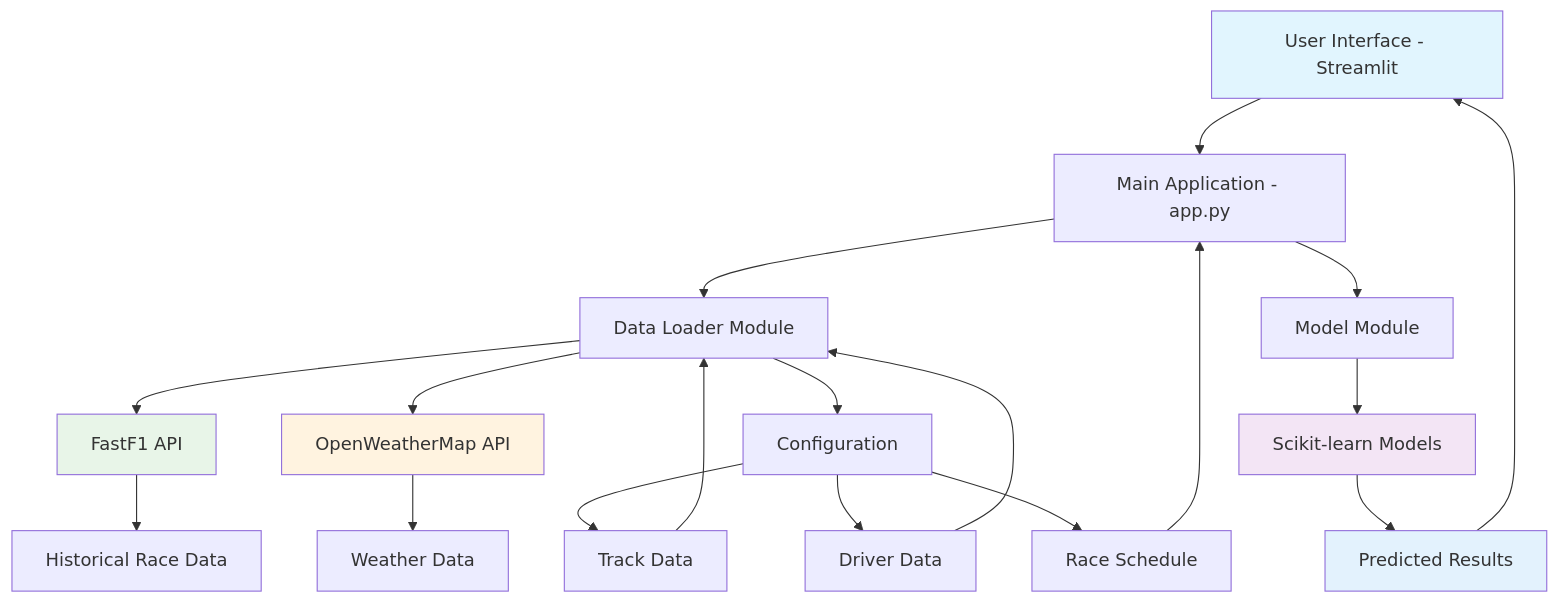
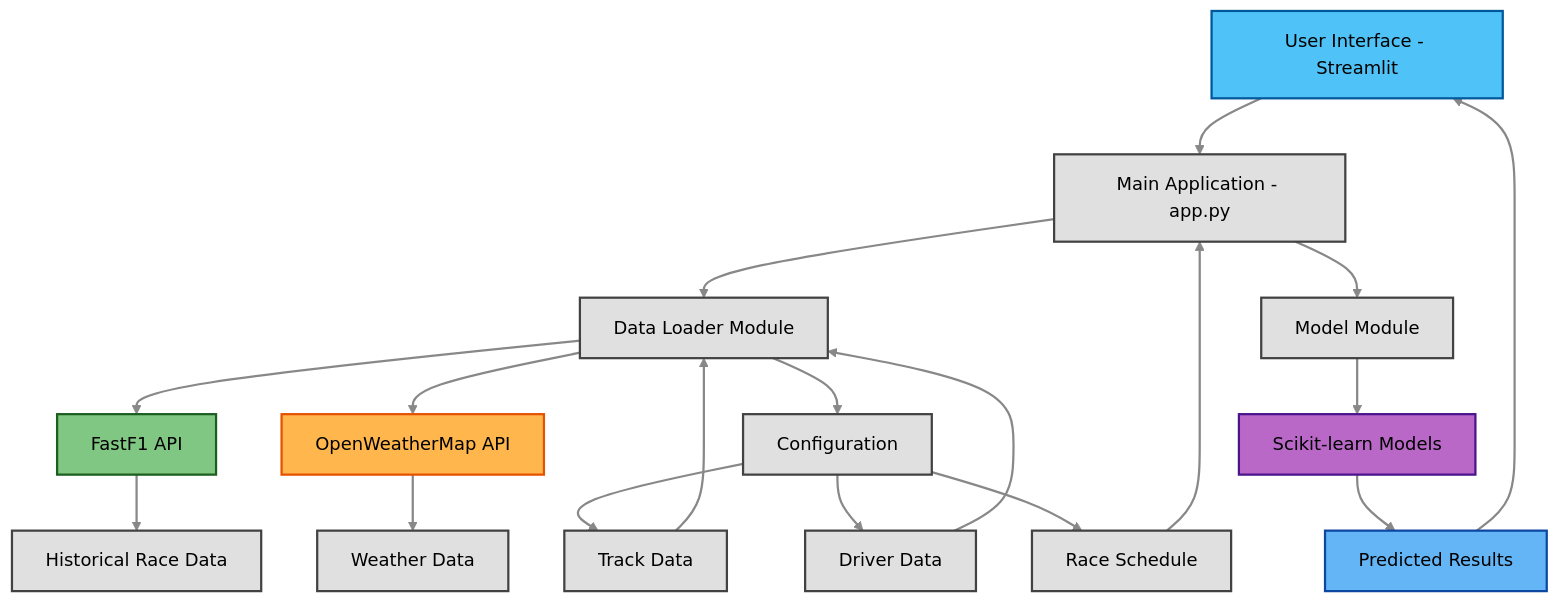
One commit to BLShaw/F1-Predictor changed the diagram in README.md. Above: the diagram before and after it, drawn with Mermaid.

Commit message:
fix: mermaid diagram visibility

````diff
--- a/README.md
+++ b/README.md
@@ -26,26 +26,39 @@
 ```mermaid
 graph TD
     A[User Interface - Streamlit] --> B[Main Application - app.py]
     B --> C[Data Loader Module]
     B --> D[Model Module]
     C --> E[FastF1 API]
     C --> F[OpenWeatherMap API]
     D --> G[Scikit-learn Models]
     C --> H[Configuration]
     H --> I[Track Data]
     H --> J[Driver Data]
     H --> K[Race Schedule]
     E --> M[Historical Race Data]
     F --> N[Weather Data]
     G --> O[Predicted Results]
     O --> A
     I --> C
     J --> C
     K --> B
     
-    style A fill:#e1f5fe
-    style E fill:#e8f5e8
-    style F fill:#fff3e0
-    style G fill:#f3e5f5
-    style O fill:#e3f2fd
+    %% High contrast theme-aware colors with visible arrows
+    classDef uiNode fill:#4fc3f7,stroke:#01579b,stroke-width:2px,color:#000
+    classDef apiNode fill:#81c784,stroke:#1b5e20,stroke-width:2px,color:#000
+    classDef weatherNode fill:#ffb74d,stroke:#e65100,stroke-width:2px,color:#000
+    classDef modelNode fill:#ba68c8,stroke:#4a148c,stroke-width:2px,color:#000
+    classDef resultNode fill:#64b5f6,stroke:#0d47a1,stroke-width:2px,color:#000
+    classDef defaultNode fill:#e0e0e0,stroke:#424242,stroke-width:2px,color:#000
+    
+    %% Apply classes
+    class A uiNode
+    class E apiNode
+    class F weatherNode
+    class G modelNode
+    class O resultNode
+    class B,C,D,H,I,J,K,M,N defaultNode
+
+    %% Style for arrows to be visible in both themes
+    linkStyle default stroke:#888,stroke-width:2px
 ```
````
